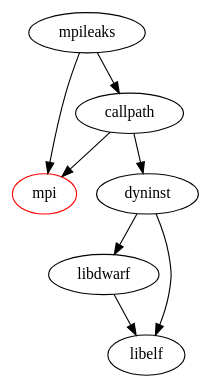
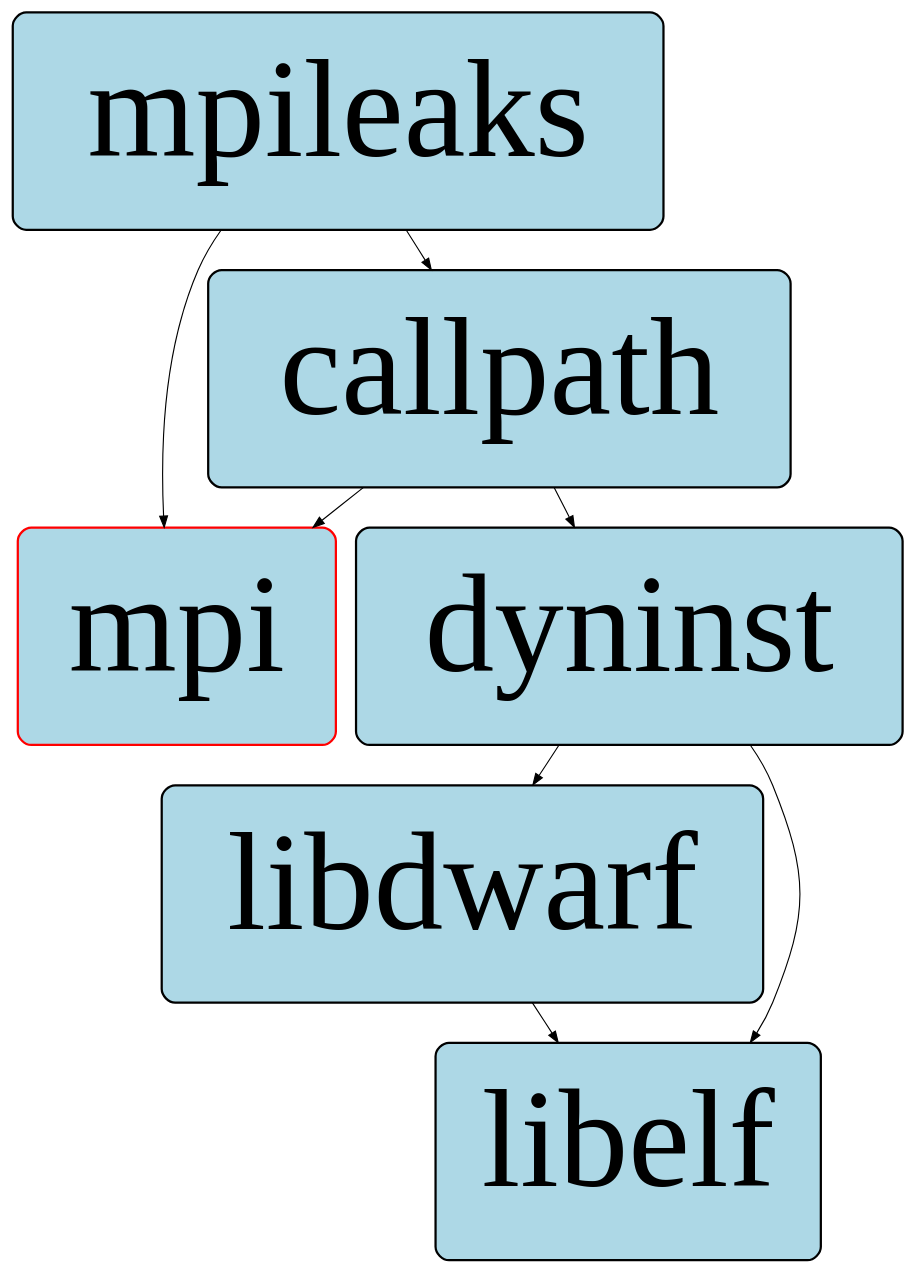
Before and after one commit to spack/spack: the second of 2 diagrams in lib/spack/docs/spec_syntax.rst, drawn with Graphviz. The commit also changed other lines of this file and 2 other files, not shown here.

```diff
--- a/lib/spack/docs/spec_syntax.rst
+++ b/lib/spack/docs/spec_syntax.rst
@@ -559,10 +531,20 @@
 .. graphviz::
 
    digraph {
+       node[
+         fontname=Monaco,
+         penwidth=2,
+         fontsize=124,
+         margin=.4,
+         shape=box,
+         fillcolor=lightblue,
+         style="rounded,filled"
+       ]
+
        mpi [color=red]
        mpileaks -> mpi
        mpileaks -> callpath -> mpi
        callpath -> dyninst
        dyninst  -> libdwarf -> libelf
        dyninst  -> libelf
    }
```
